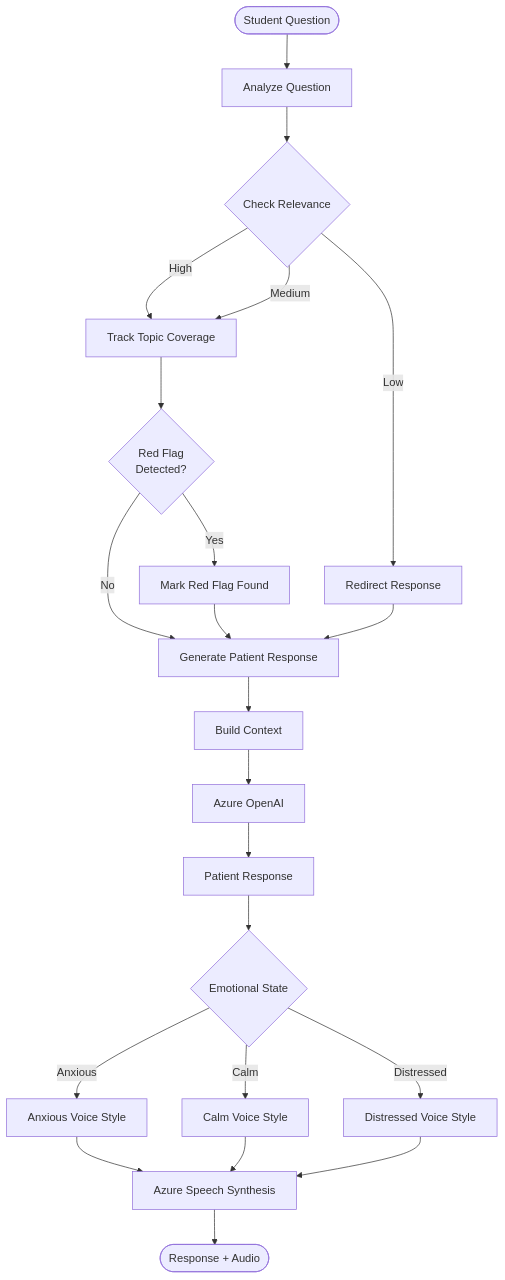
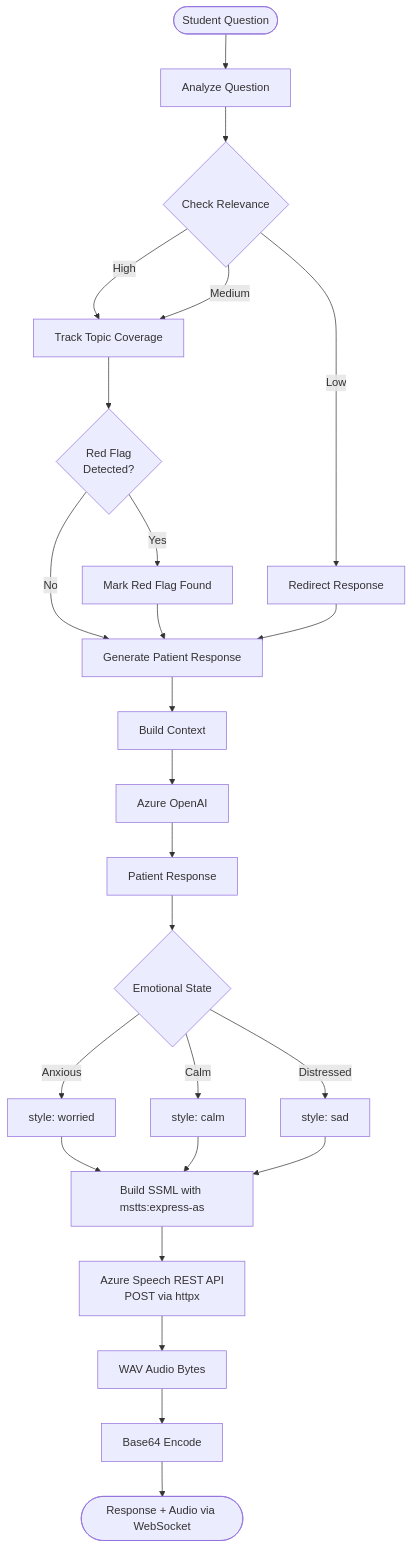
The second of 4 diagrams in docs/diagrams/scenario-engine.md (Amoukli/Coach_AI), drawn with Mermaid before and after one commit. The commit also changed other lines of this file and 2 other files, not shown here.

First line of the commit message:
Update architecture diagrams for REST API and WebSocket changes

````diff
--- a/docs/diagrams/scenario-engine.md
+++ b/docs/diagrams/scenario-engine.md
@@ -47,32 +49,35 @@
 ```mermaid
 flowchart TD
     Start([Student Question]) --> Analyze[Analyze Question]
     Analyze --> Relevance{Check Relevance}
 
     Relevance -->|High| Track[Track Topic Coverage]
     Relevance -->|Medium| Track
     Relevance -->|Low| Redirect[Redirect Response]
 
     Track --> RedFlag{Red Flag\nDetected?}
     RedFlag -->|Yes| MarkFlag[Mark Red Flag Found]
     RedFlag -->|No| Generate
     MarkFlag --> Generate
 
     Generate[Generate Patient Response]
     Redirect --> Generate
 
     Generate --> Context[Build Context]
     Context --> AI[Azure OpenAI]
     AI --> Response[Patient Response]
     Response --> Emotion{Emotional State}
 
-    Emotion -->|Anxious| AnxiousVoice[Anxious Voice Style]
-    Emotion -->|Calm| CalmVoice[Calm Voice Style]
-    Emotion -->|Distressed| DistressedVoice[Distressed Voice Style]
+    Emotion -->|Anxious| AnxiousVoice[style: worried]
+    Emotion -->|Calm| CalmVoice[style: calm]
+    Emotion -->|Distressed| DistressedVoice[style: sad]
 
-    AnxiousVoice --> Speech[Azure Speech Synthesis]
-    CalmVoice --> Speech
-    DistressedVoice --> Speech
+    AnxiousVoice --> SSML[Build SSML with mstts:express-as]
+    CalmVoice --> SSML
+    DistressedVoice --> SSML
 
-    Speech --> Output([Response + Audio])
+    SSML --> Speech[Azure Speech REST API\nPOST via httpx]
+    Speech --> Audio[WAV Audio Bytes]
+    Audio --> Base64[Base64 Encode]
+    Base64 --> Output([Response + Audio via WebSocket])
 ```
````
